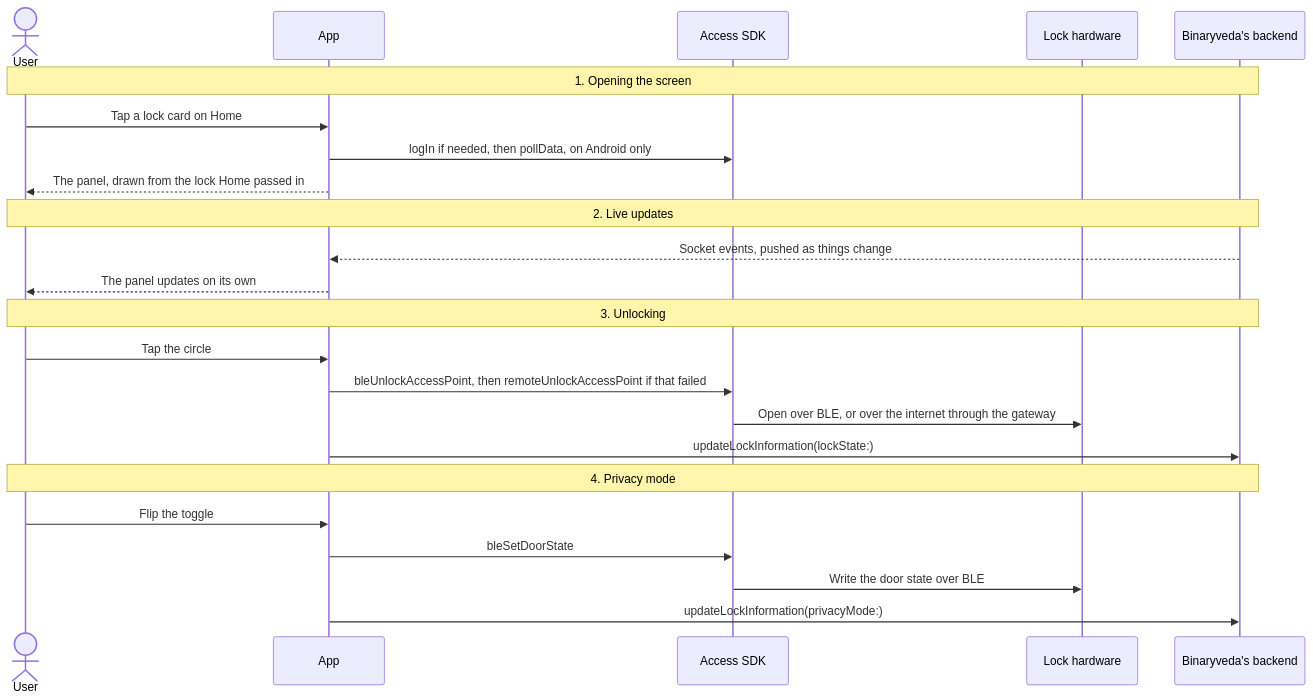
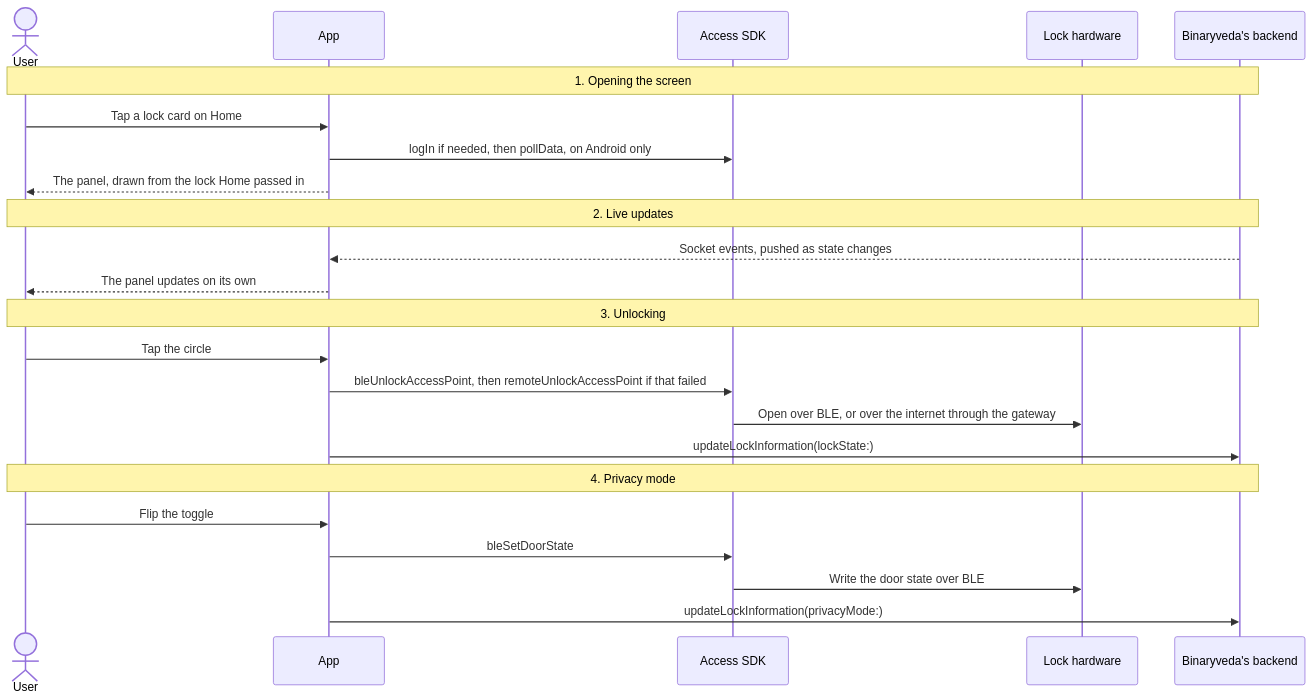
The first of 5 diagrams in docs/iot9/lock-control-panel.md (Yash-Wadatkar-Binaryveda/sdk-docs-site), drawn with Mermaid before and after one commit. The commit also changed other lines of this file and 42 other files, not shown here.

````diff
--- a/docs/iot9/lock-control-panel.md
+++ b/docs/iot9/lock-control-panel.md
@@ -73,29 +73,29 @@
 ```mermaid
 sequenceDiagram
     actor U as User
     participant A as App
     participant S as Access SDK
     participant L as Lock hardware
     participant B as Binaryveda's backend
 
     Note over U,B: 1. Opening the screen
     U->>A: Tap a lock card on Home
     A->>S: logIn if needed, then pollData, on Android only
     A-->>U: The panel, drawn from the lock Home passed in
 
     Note over U,B: 2. Live updates
-    B-->>A: Socket events, pushed as things change
+    B-->>A: Socket events, pushed as state changes
     A-->>U: The panel updates on its own
 
     Note over U,B: 3. Unlocking
     U->>A: Tap the circle
     A->>S: bleUnlockAccessPoint, then remoteUnlockAccessPoint if that failed
     S->>L: Open over BLE, or over the internet through the gateway
     A->>B: updateLockInformation(lockState:)
 
     Note over U,B: 4. Privacy mode
     U->>A: Flip the toggle
     A->>S: bleSetDoorState
     S->>L: Write the door state over BLE
     A->>B: updateLockInformation(privacyMode:)
 ```
````
